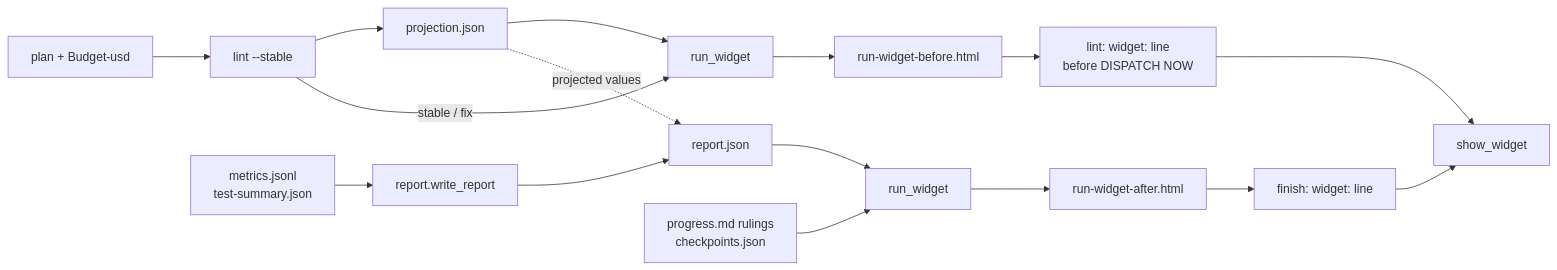
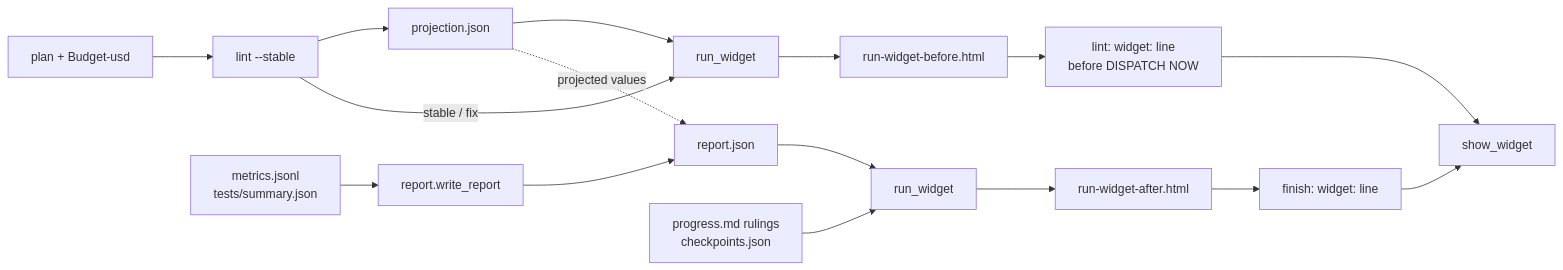
The diagram in docs/tools.md (iha2/superlite), drawn with Mermaid before and after one commit. The commit also changed other lines of this file and 58 other files, not shown here.

````diff
--- a/docs/tools.md
+++ b/docs/tools.md
@@ -51,18 +54,18 @@
 ```mermaid
 flowchart LR
   P[plan + Budget-usd] --> L[lint --stable]
   L --> J[projection.json]
   J --> W[run_widget]
   L -- stable / fix --> W
   W --> B[run-widget-before.html]
   B --> BL["lint: widget: line<br/>before DISPATCH NOW"]
-  M[metrics.jsonl<br/>test-summary.json] --> R[report.write_report]
+  M[metrics.jsonl<br/>tests/summary.json] --> R[report.write_report]
   R --> RJ[report.json]
   RJ --> W2[run_widget]
   G[progress.md rulings<br/>checkpoints.json] --> W2
   J -. projected values .-> RJ
   W2 --> A[run-widget-after.html]
   A --> FL["finish: widget: line"]
   BL --> S[show_widget]
   FL --> S
 ```
````
